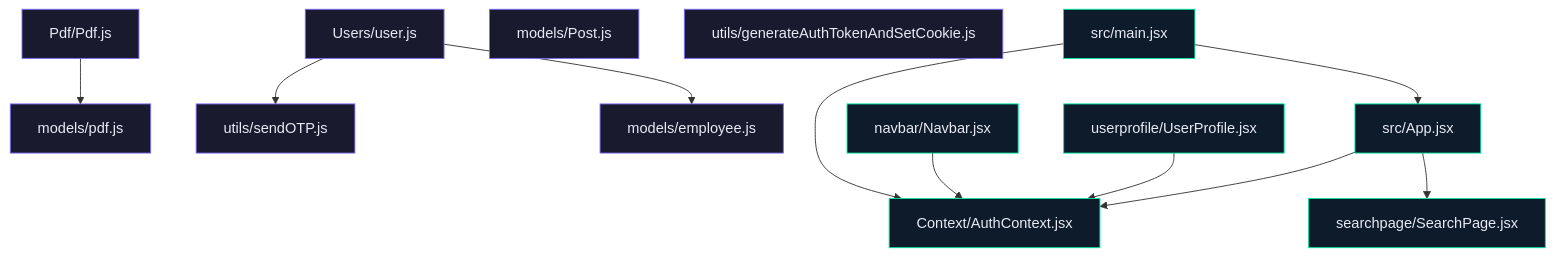
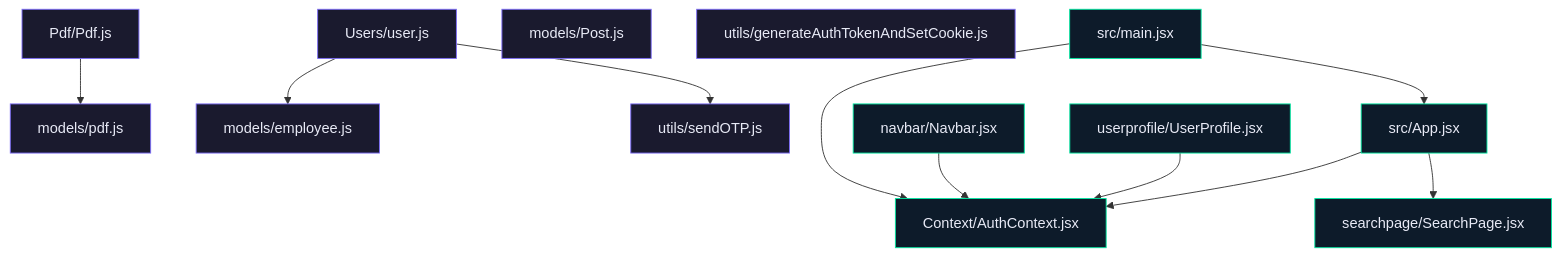
Before and after one commit to ArifRahaman/mongoDB-one-to-many-reference: the diagram in README.md, drawn with Mermaid. The commit also changed other lines of this file, not shown here.

````diff
--- a/README.md
+++ b/README.md
@@ -129,43 +129,43 @@
 ```mermaid
 flowchart TD
     backend_controllers_Pdf_Pdf_js["Pdf/Pdf.js"]
     backend_controllers_Users_user_js["Users/user.js"]
     backend_models_Post_js["models/Post.js"]
     backend_models_employee_js["models/employee.js"]
     backend_models_pdf_js["models/pdf.js"]
     backend_utils_generateAuthTokenAndSetCookie_js["utils/generateAuthTokenAndSetCookie.js"]
     backend_utils_sendOTP_js["utils/sendOTP.js"]
     frontend_Context_AuthContext_jsx["Context/AuthContext.jsx"]
     frontend_src_App_jsx["src/App.jsx"]
     frontend_src_components_navbar_Navbar_jsx["navbar/Navbar.jsx"]
     frontend_src_components_userprofile_UserProfile_jsx["userprofile/UserProfile.jsx"]
     frontend_src_main_jsx["src/main.jsx"]
     frontend_src_pages_searchpage_SearchPage_jsx["searchpage/SearchPage.jsx"]
 
+    backend_controllers_Users_user_js --> backend_models_employee_js
+    backend_controllers_Users_user_js --> backend_utils_sendOTP_js
+    backend_controllers_Pdf_Pdf_js --> backend_models_pdf_js
     frontend_src_App_jsx --> frontend_Context_AuthContext_jsx
     frontend_src_App_jsx --> frontend_src_pages_searchpage_SearchPage_jsx
-    backend_controllers_Pdf_Pdf_js --> backend_models_pdf_js
-    backend_controllers_Users_user_js --> backend_utils_sendOTP_js
-    backend_controllers_Users_user_js --> backend_models_employee_js
     frontend_src_components_navbar_Navbar_jsx --> frontend_Context_AuthContext_jsx
     frontend_src_main_jsx --> frontend_Context_AuthContext_jsx
     frontend_src_main_jsx --> frontend_src_App_jsx
     frontend_src_components_userprofile_UserProfile_jsx --> frontend_Context_AuthContext_jsx
 
     classDef backend fill:#1a1a2e,stroke:#7c6cf8,color:#e8eaf6
     classDef frontend fill:#0d1b2a,stroke:#00e8a2,color:#e8eaf6
     classDef config fill:#1a0a0a,stroke:#f5a623,color:#e8eaf6
     class backend_controllers_Pdf_Pdf_js backend
     class backend_controllers_Users_user_js backend
     class backend_models_Post_js backend
     class backend_models_employee_js backend
     class backend_models_pdf_js backend
     class backend_utils_generateAuthTokenAndSetCookie_js backend
     class backend_utils_sendOTP_js backend
     class frontend_Context_AuthContext_jsx frontend
     class frontend_src_App_jsx frontend
     class frontend_src_components_navbar_Navbar_jsx frontend
     class frontend_src_components_userprofile_UserProfile_jsx frontend
     class frontend_src_main_jsx frontend
     class frontend_src_pages_searchpage_SearchPage_jsx frontend
 ```
````
